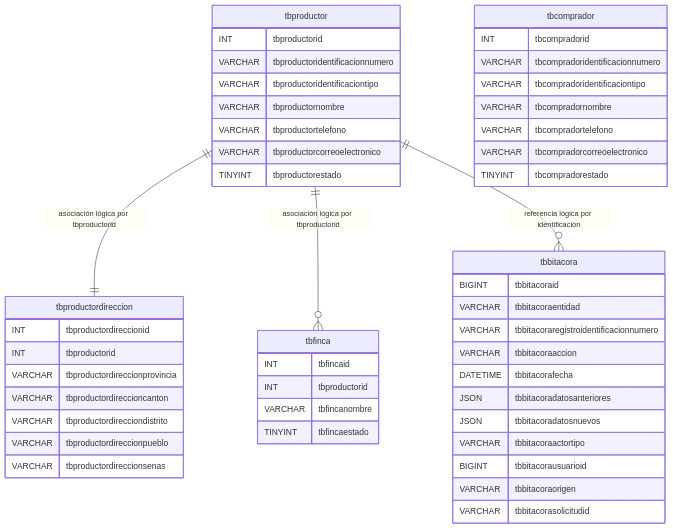
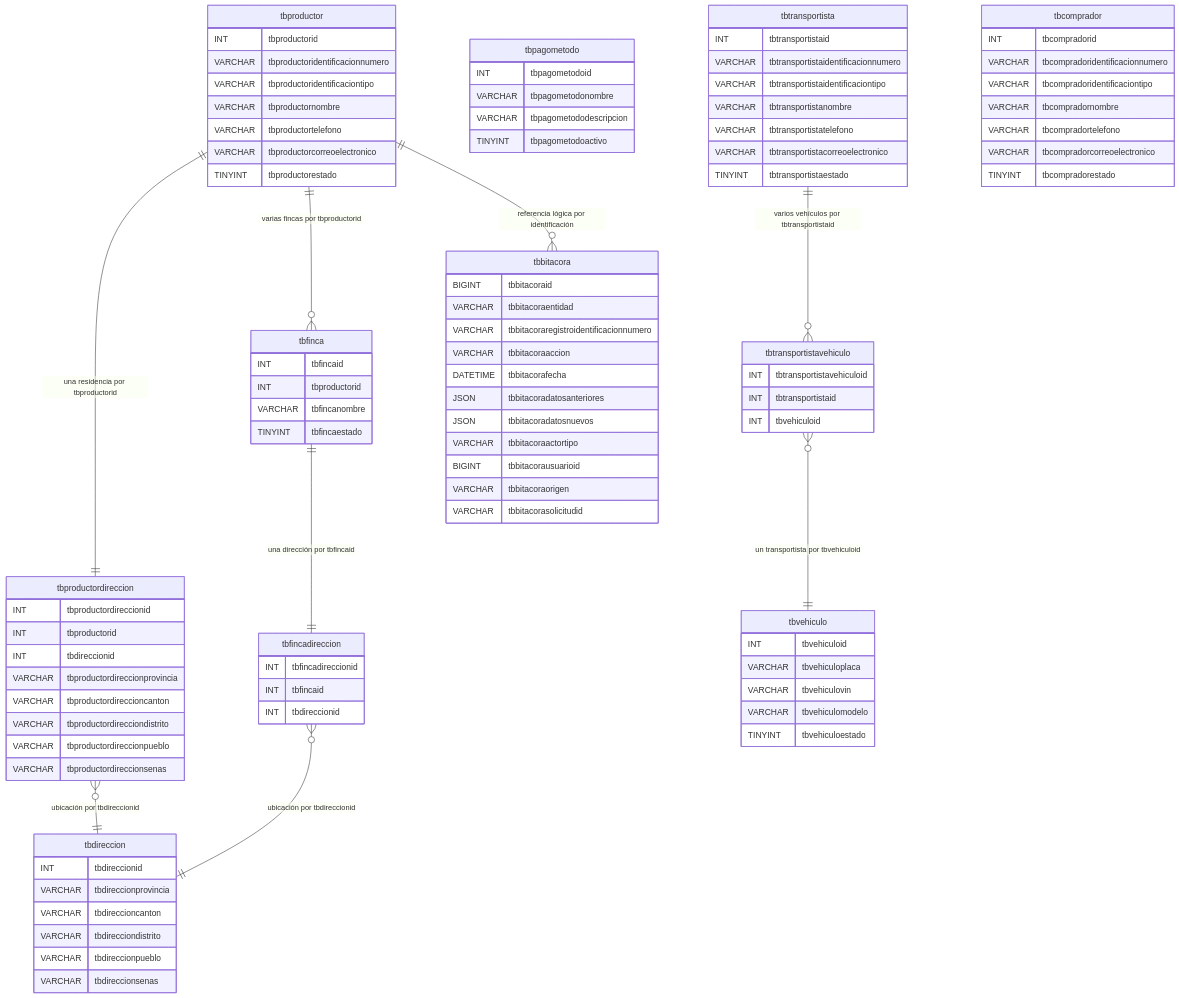
One commit to DilanRC/Proyecto-Paradigmas changed the diagram in Documentation/DER.md. Above: the diagram before and after it, drawn with Mermaid. The commit also changed other lines of this file and 27 other files, not shown here.

````diff
--- a/Documentation/DER.md
+++ b/Documentation/DER.md
@@ -14,17 +14,58 @@
     tbproductordireccion {
         INT tbproductordireccionid
         INT tbproductorid
+        INT tbdireccionid
         VARCHAR tbproductordireccionprovincia
         VARCHAR tbproductordireccioncanton
         VARCHAR tbproductordirecciondistrito
         VARCHAR tbproductordireccionpueblo
         VARCHAR tbproductordireccionsenas
     }
+    tbdireccion {
+        INT tbdireccionid
+        VARCHAR tbdireccionprovincia
+        VARCHAR tbdireccioncanton
+        VARCHAR tbdirecciondistrito
+        VARCHAR tbdireccionpueblo
+        VARCHAR tbdireccionsenas
+    }
     tbfinca {
         INT tbfincaid
         INT tbproductorid
         VARCHAR tbfincanombre
         TINYINT tbfincaestado
+    }
+    tbfincadireccion {
+        INT tbfincadireccionid
+        INT tbfincaid
+        INT tbdireccionid
+    }
+    tbpagometodo {
+        INT tbpagometodoid
+        VARCHAR tbpagometodonombre
+        VARCHAR tbpagometododescripcion
+        TINYINT tbpagometodoactivo
+    }
+    tbtransportista {
+        INT tbtransportistaid
+        VARCHAR tbtransportistaidentificacionnumero
+        VARCHAR tbtransportistaidentificaciontipo
+        VARCHAR tbtransportistanombre
+        VARCHAR tbtransportistatelefono
+        VARCHAR tbtransportistacorreoelectronico
+        TINYINT tbtransportistaestado
+    }
+    tbvehiculo {
+        INT tbvehiculoid
+        VARCHAR tbvehiculoplaca
+        VARCHAR tbvehiculovin
+        VARCHAR tbvehiculomodelo
+        TINYINT tbvehiculoestado
+    }
+    tbtransportistavehiculo {
+        INT tbtransportistavehiculoid
+        INT tbtransportistaid
+        INT tbvehiculoid
     }
     tbbitacora {
         BIGINT tbbitacoraid
@@ -48,7 +89,12 @@
         VARCHAR tbcompradorcorreoelectronico
         TINYINT tbcompradorestado
     }
-    tbproductor ||--|| tbproductordireccion : "asociación lógica por tbproductorid"
-    tbproductor ||--o{ tbfinca : "asociación lógica por tbproductorid"
+    tbproductor ||--|| tbproductordireccion : "una residencia por tbproductorid"
+    tbproductordireccion }o--|| tbdireccion : "ubicación por tbdireccionid"
+    tbproductor ||--o{ tbfinca : "varias fincas por tbproductorid"
+    tbfinca ||--|| tbfincadireccion : "una dirección por tbfincaid"
+    tbfincadireccion }o--|| tbdireccion : "ubicación por tbdireccionid"
+    tbtransportista ||--o{ tbtransportistavehiculo : "varios vehículos por tbtransportistaid"
+    tbtransportistavehiculo }o--|| tbvehiculo : "un transportista por tbvehiculoid"
     tbproductor ||--o{ tbbitacora : "referencia lógica por identificación"
 ```
````
